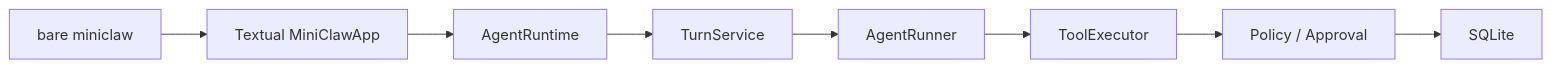
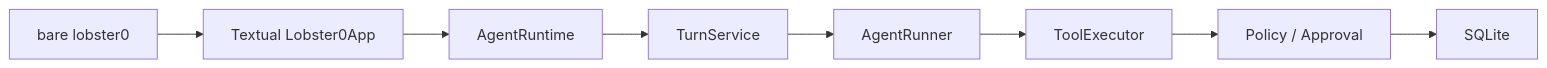
One commit to NEDONION/lobster0 changed the first of 2 diagrams in docs/superpowers/plans/2026-08-08-p2-2b-single-entry-textual-tui.md. Above: the diagram before and after it, drawn with Mermaid. The commit also changed other lines of this file and 221 other files, not shown here.

First line of the commit message:
docs(rename): 文档、官网内容与桌面/TUI/Browser-Worker 品牌文案改为 Lobster0

```diff
--- a/docs/superpowers/plans/2026-08-08-p2-2b-single-entry-textual-tui.md
+++ b/docs/superpowers/plans/2026-08-08-p2-2b-single-entry-textual-tui.md
@@ -1058,10 +1058,10 @@
 ~~~mermaid
 flowchart LR
-    CLI["bare miniclaw"] --> TUI["Textual MiniClawApp"]
+    CLI["bare lobster0"] --> TUI["Textual Lobster0App"]
     TUI --> RUNTIME["AgentRuntime"]
     RUNTIME --> TURN["TurnService"]
     TURN --> RUNNER["AgentRunner"]
     RUNNER --> EXECUTOR["ToolExecutor"]
     EXECUTOR --> POLICY["Policy / Approval"]
     POLICY --> DB["SQLite"]
 ~~~
```
